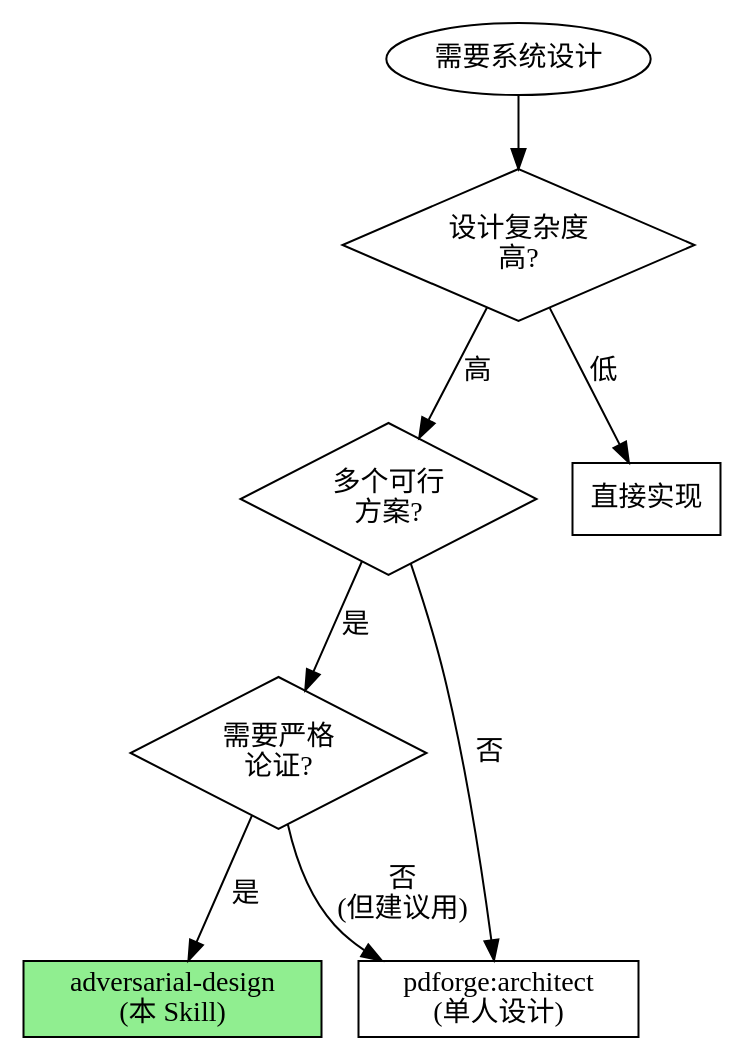
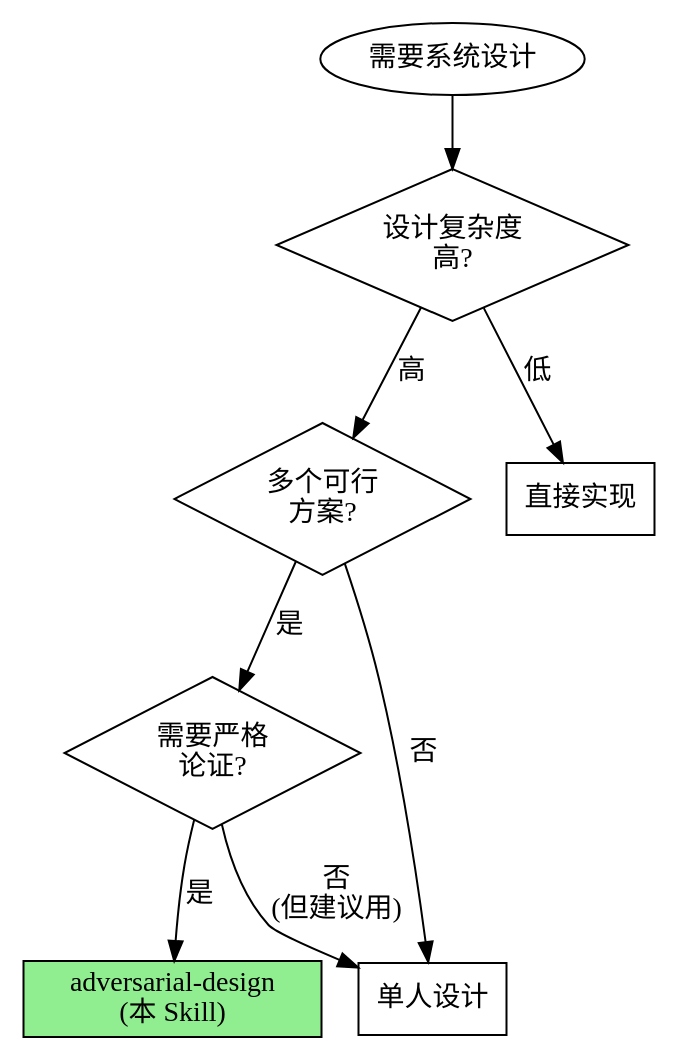
The diagram in plugins/forge-teams/skills/adversarial-design/SKILL.md (XRenSiu/claude-code-forge), drawn with Graphviz before and after one commit. The commit also changed other lines of this file and 20 other files, not shown here.

````diff
--- a/plugins/forge-teams/skills/adversarial-design/SKILL.md
+++ b/plugins/forge-teams/skills/adversarial-design/SKILL.md
@@ -32,20 +32,20 @@
 ```dot
 digraph {
     rankdir=TB;
     start [label="需要系统设计" shape=oval];
     q1 [label="设计复杂度\n高?" shape=diamond];
     q2 [label="多个可行\n方案?" shape=diamond];
     q3 [label="需要严格\n论证?" shape=diamond];
-    single [label="pdforge:architect\n(单人设计)" shape=box];
+    single [label="单人设计" shape=box];
     adversarial [label="adversarial-design\n(本 Skill)" shape=box style=filled fillcolor=lightgreen];
     simple [label="直接实现" shape=box];
 
     start -> q1;
     q1 -> simple [label="低"];
     q1 -> q2 [label="高"];
     q2 -> single [label="否"];
     q2 -> q3 [label="是"];
     q3 -> adversarial [label="是"];
     q3 -> single [label="否\n(但建议用)"];
 }
 ```
````
